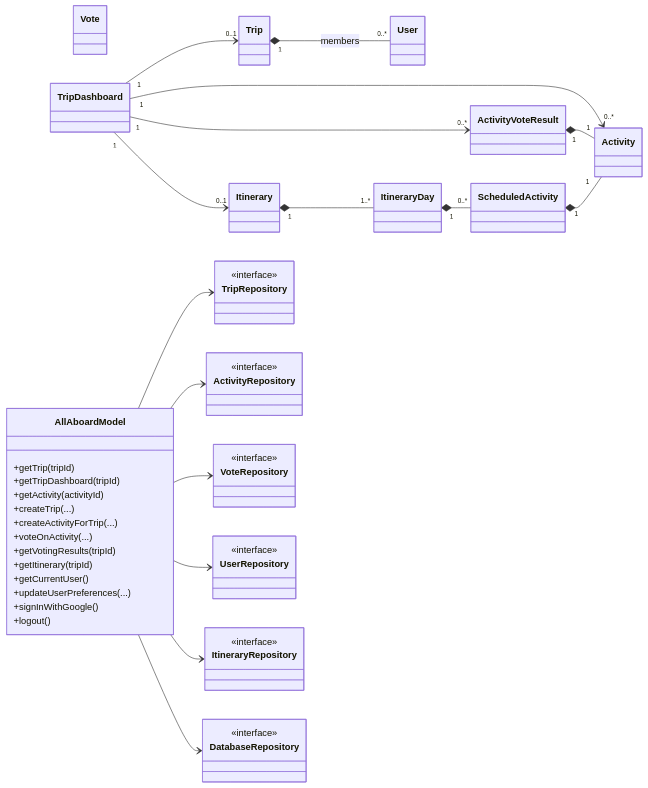
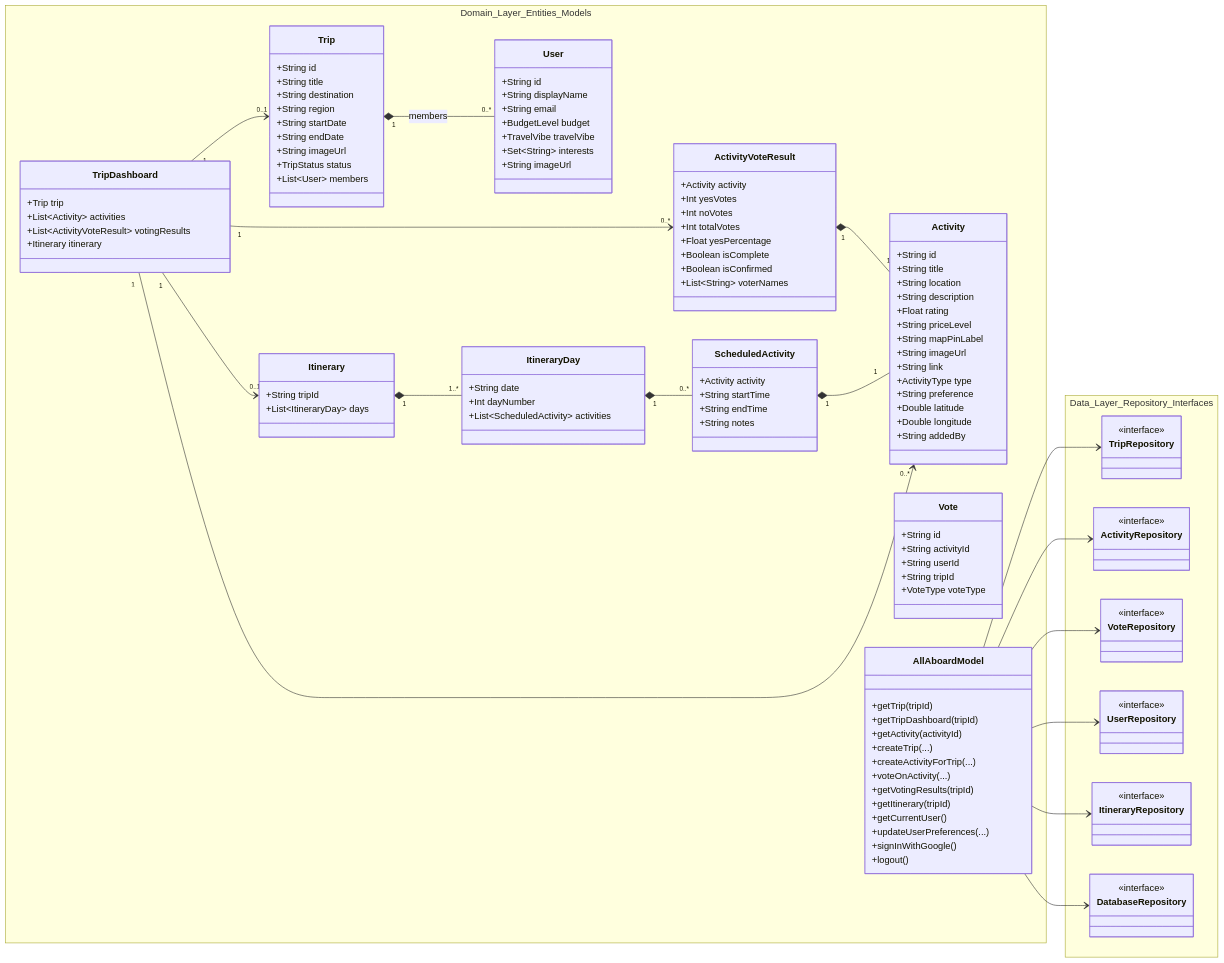
One commit to bethxny-liu/AllAboard changed the first of 2 diagrams in docs/uml-class-diagrams.md. Above: the diagram before and after it, drawn with Mermaid. The commit also changed other lines of this file, not shown here.

```diff
--- a/docs/uml-class-diagrams.md
+++ b/docs/uml-class-diagrams.md
@@ -12,44 +12,117 @@
 classDiagram
     direction LR
 
-    class User
-    class Trip
-    class Activity
-    class Vote
-    class ActivityVoteResult
-    class Itinerary
-    class ItineraryDay
-    class ScheduledActivity
-    class TripDashboard
-
-    class AllAboardModel {
-      +getTrip(tripId)
-      +getTripDashboard(tripId)
-      +getActivity(activityId)
-      +createTrip(...)
-      +createActivityForTrip(...)
-      +voteOnActivity(...)
-      +getVotingResults(tripId)
-      +getItinerary(tripId)
-      +getCurrentUser()
-      +updateUserPreferences(...)
-      +signInWithGoogle()
-      +logout()
+    namespace Domain_Layer_Entities_Models {
+        class User {
+          +String id
+          +String displayName
+          +String email
+          +BudgetLevel budget
+          +TravelVibe travelVibe
+          +Set~String~ interests
+          +String imageUrl
+        }
+        class Trip {
+          +String id
+          +String title
+          +String destination
+          +String region
+          +String startDate
+          +String endDate
+          +String imageUrl
+          +TripStatus status
+          +List~User~ members
+        }
+        class Activity {
+          +String id
+          +String title
+          +String location
+          +String description
+          +Float rating
+          +String priceLevel
+          +String mapPinLabel
+          +String imageUrl
+          +String link
+          +ActivityType type
+          +String preference
+          +Double latitude
+          +Double longitude
+          +String addedBy
+        }
+        class Vote {
+          +String id
+          +String activityId
+          +String userId
+          +String tripId
+          +VoteType voteType
+        }
+        class ActivityVoteResult {
+          +Activity activity
+          +Int yesVotes
+          +Int noVotes
+          +Int totalVotes
+          +Float yesPercentage
+          +Boolean isComplete
+          +Boolean isConfirmed
+          +List~String~ voterNames
+        }
+        class Itinerary {
+          +String tripId
+          +List~ItineraryDay~ days
+        }
+        class ItineraryDay {
+          +String date
+          +Int dayNumber
+          +List~ScheduledActivity~ activities
+        }
+        class ScheduledActivity {
+          +Activity activity
+          +String startTime
+          +String endTime
+          +String notes
+        }
+        class TripDashboard {
+          +Trip trip
+          +List~Activity~ activities
+          +List~ActivityVoteResult~ votingResults
+          +Itinerary itinerary
+        }
+        class AllAboardModel {
+          +getTrip(tripId)
+          +getTripDashboard(tripId)
+          +getActivity(activityId)
+          +createTrip(...)
+          +createActivityForTrip(...)
+          +voteOnActivity(...)
+          +getVotingResults(tripId)
+          +getItinerary(tripId)
+          +getCurrentUser()
+          +updateUserPreferences(...)
+          +signInWithGoogle()
+          +logout()
+        }
     }
 
-    class TripRepository
-    class ActivityRepository
-    class VoteRepository
-    class UserRepository
-    class ItineraryRepository
-    class DatabaseRepository
-
-    <<interface>> TripRepository
-    <<interface>> ActivityRepository
-    <<interface>> VoteRepository
-    <<interface>> UserRepository
-    <<interface>> ItineraryRepository
-    <<interface>> DatabaseRepository
+    namespace Data_Layer_Repository_Interfaces {
+        class TripRepository {
+          <<interface>>
+        }
+        class ActivityRepository {
+          <<interface>>
+        }
+        class VoteRepository {
+          <<interface>>
+        }
+        class UserRepository {
+          <<interface>>
+        }
+        class ItineraryRepository {
+          <<interface>>
+        }
+        class DatabaseRepository {
+          <<interface>>
+        }
+    }
 
     Trip "1" *-- "0..*" User : members
     ActivityVoteResult "1" *-- "1" Activity
```
